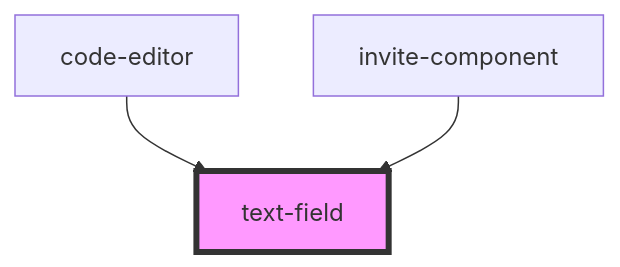
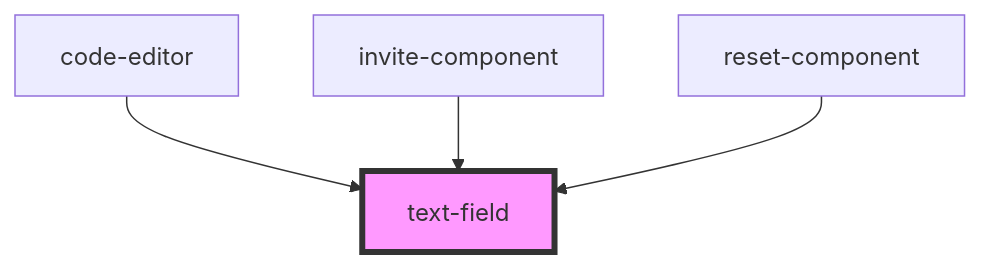
One commit to techvariable/NeptuneConnectComponents changed the diagram in src/components/common/text-field/readme.md. Above: the diagram before and after it, drawn with Mermaid. The commit also changed other lines of this file and 6 other files, not shown here.

````diff
--- a/src/components/common/text-field/readme.md
+++ b/src/components/common/text-field/readme.md
@@ -29,6 +30,7 @@
 ```mermaid
 graph TD;
   code-editor --> text-field
   invite-component --> text-field
+  reset-component --> text-field
   style text-field fill:#f9f,stroke:#333,stroke-width:4px
 ```
````
